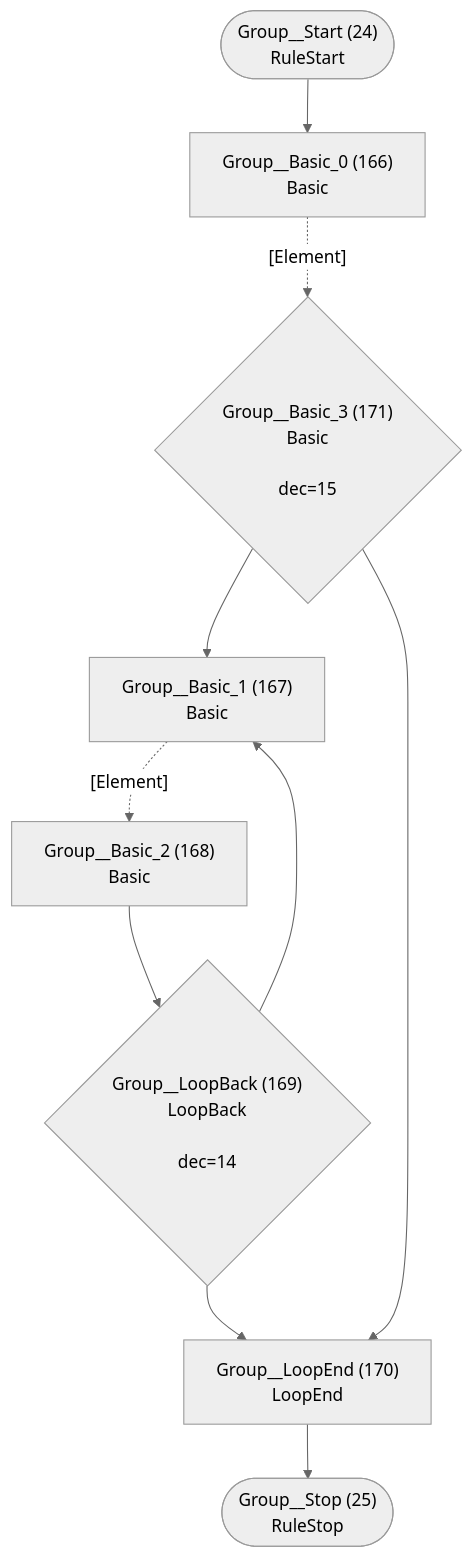
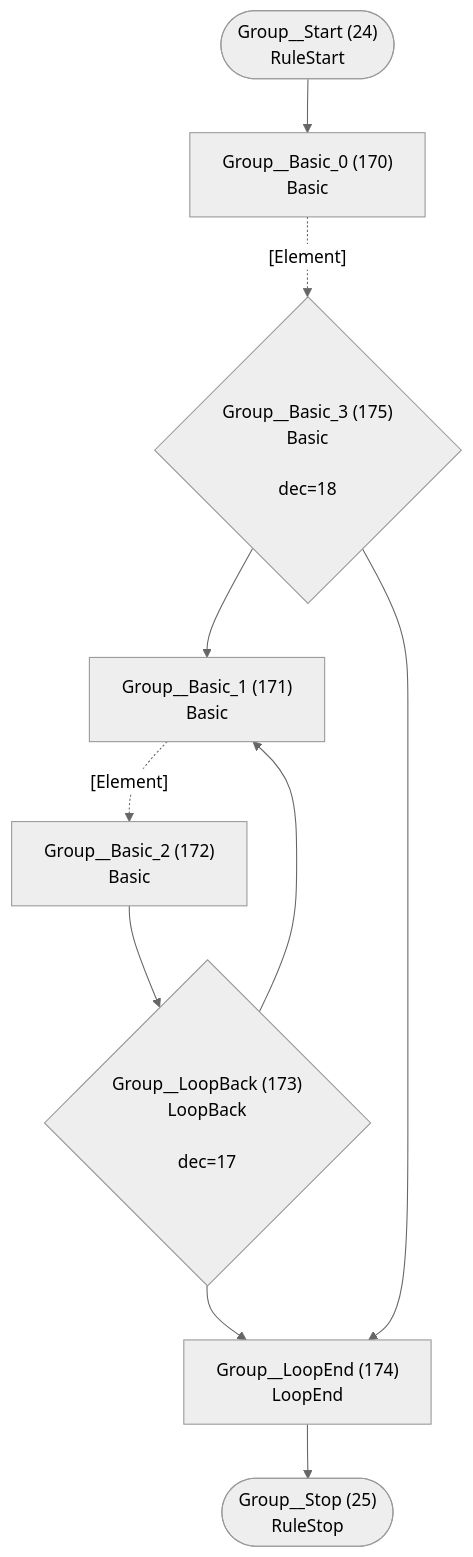
Before and after one commit to TypeFox/fastbelt: diagram 13 of 26 in internal/grammar/atn.md, drawn with Mermaid (neutral theme). The commit also changed other lines of this file and 7 other files, not shown here.

````diff
--- a/internal/grammar/atn.md
+++ b/internal/grammar/atn.md
@@ -374,21 +385,21 @@
 ```mermaid
 flowchart TD
     q24(["Group__Start (24)<br/>RuleStart"])
     q25(["Group__Stop (25)<br/>RuleStop"])
-    q166["Group__Basic_0 (166)<br/>Basic<br/>"]
-    q167["Group__Basic_1 (167)<br/>Basic<br/>"]
-    q168["Group__Basic_2 (168)<br/>Basic<br/>"]
-    q169{"Group__LoopBack (169)<br/>LoopBack<br/><br/>dec=14"}
-    q170["Group__LoopEnd (170)<br/>LoopEnd<br/>"]
-    q171{"Group__Basic_3 (171)<br/>Basic<br/><br/>dec=15"}
+    q170["Group__Basic_0 (170)<br/>Basic<br/>"]
+    q171["Group__Basic_1 (171)<br/>Basic<br/>"]
+    q172["Group__Basic_2 (172)<br/>Basic<br/>"]
+    q173{"Group__LoopBack (173)<br/>LoopBack<br/><br/>dec=17"}
+    q174["Group__LoopEnd (174)<br/>LoopEnd<br/>"]
+    q175{"Group__Basic_3 (175)<br/>Basic<br/><br/>dec=18"}
 
-    q24 --> q166
-    q166 -.->|"[Element]"| q171
-    q167 -.->|"[Element]"| q168
-    q168 --> q169
-    q169 --> q167
-    q169 --> q170
-    q170 --> q25
-    q171 --> q167
-    q171 --> q170
+    q24 --> q170
+    q170 -.->|"[Element]"| q175
+    q171 -.->|"[Element]"| q172
+    q172 --> q173
+    q173 --> q171
+    q173 --> q174
+    q174 --> q25
+    q175 --> q171
+    q175 --> q174
 ```
````
